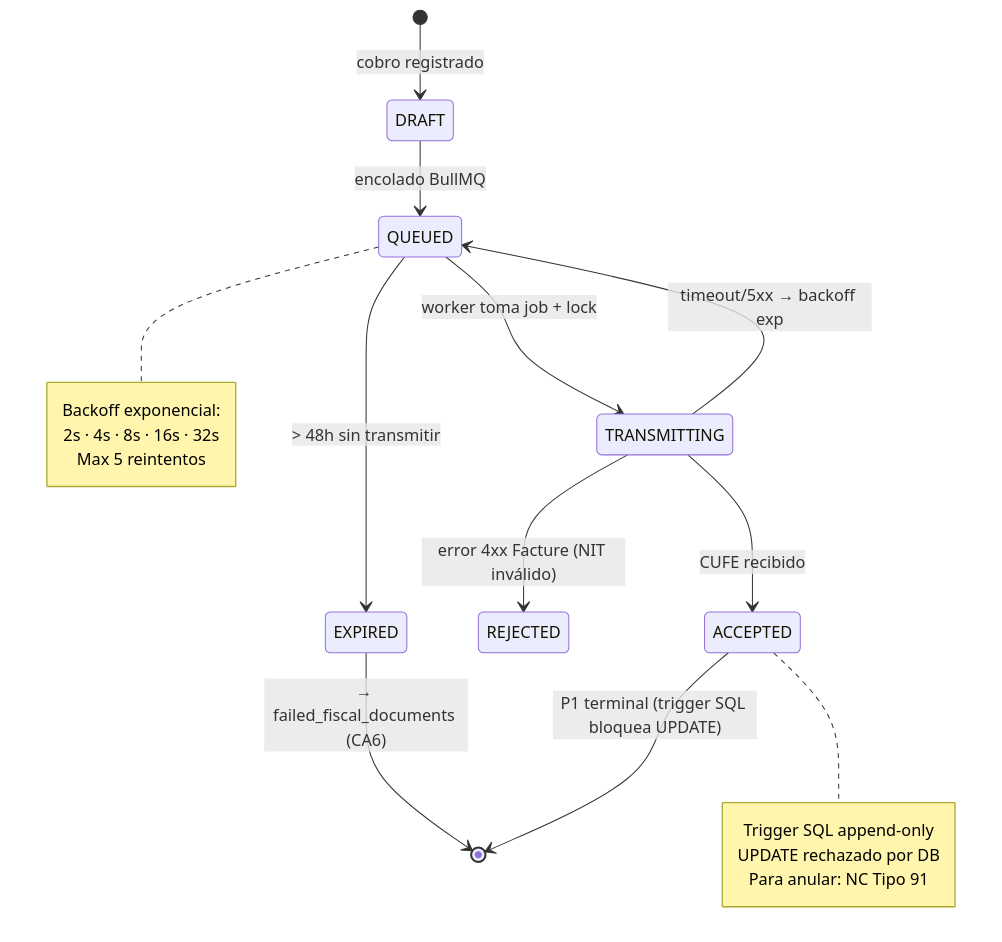
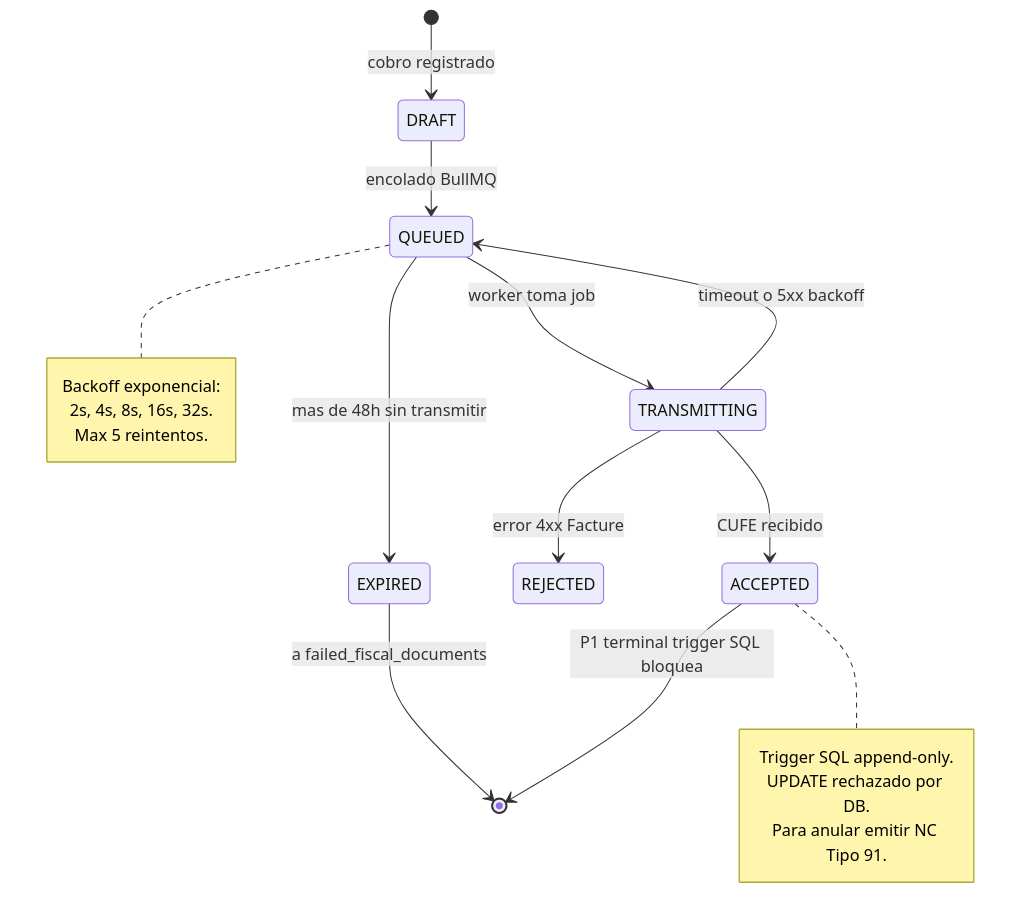
The seventh of 25 diagrams in Estación 2/specs/arquitectura-diagrama.md (ValentinaX63/c2), drawn with Mermaid before and after one commit. The commit also changed other lines of this file, not shown here.

First line of the commit message:
fix(diagramas): corregir sintaxis Mermaid en 3 sequence diagrams + 1 state machine

````diff
--- a/Estación 2/specs/arquitectura-diagrama.md
+++ b/Estación 2/specs/arquitectura-diagrama.md
@@ -503,24 +503,24 @@
 ```mermaid
 stateDiagram-v2
     [*] --> DRAFT: cobro registrado
     DRAFT --> QUEUED: encolado BullMQ
-    QUEUED --> TRANSMITTING: worker toma job + lock
+    QUEUED --> TRANSMITTING: worker toma job
     TRANSMITTING --> ACCEPTED: CUFE recibido
-    TRANSMITTING --> REJECTED: error 4xx Facture (NIT inválido)
-    TRANSMITTING --> QUEUED: timeout/5xx → backoff exp
-    QUEUED --> EXPIRED: > 48h sin transmitir
-    EXPIRED --> [*]: → failed_fiscal_documents (CA6)
-    ACCEPTED --> [*]: P1 terminal (trigger SQL bloquea UPDATE)
+    TRANSMITTING --> REJECTED: error 4xx Facture
+    TRANSMITTING --> QUEUED: timeout o 5xx backoff
+    QUEUED --> EXPIRED: mas de 48h sin transmitir
+    EXPIRED --> [*]: a failed_fiscal_documents
+    ACCEPTED --> [*]: P1 terminal trigger SQL bloquea
 
     note right of ACCEPTED
-        Trigger SQL append-only
-        UPDATE rechazado por DB
-        Para anular: NC Tipo 91
+        Trigger SQL append-only.
+        UPDATE rechazado por DB.
+        Para anular emitir NC Tipo 91.
     end note
 
     note right of QUEUED
         Backoff exponencial:
-        2s · 4s · 8s · 16s · 32s
-        Max 5 reintentos
+        2s, 4s, 8s, 16s, 32s.
+        Max 5 reintentos.
     end note
 ```
````
